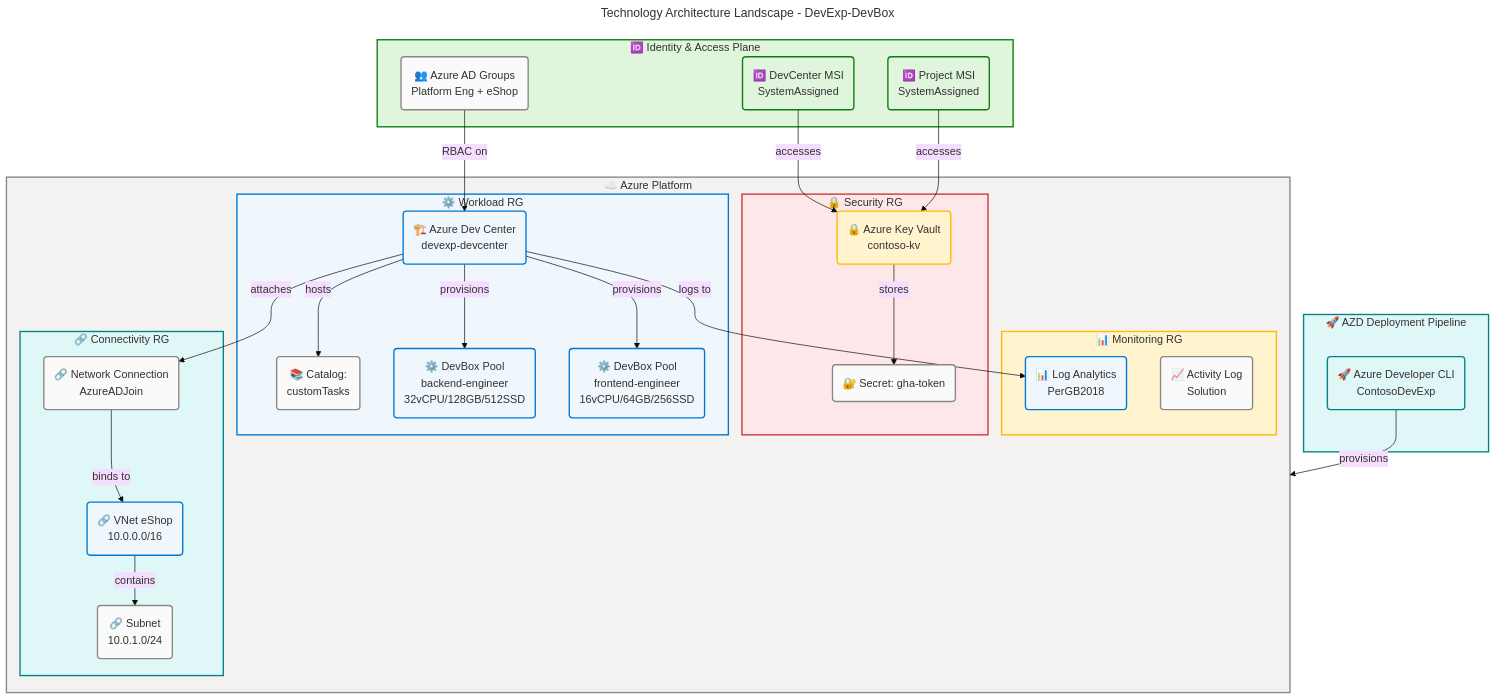
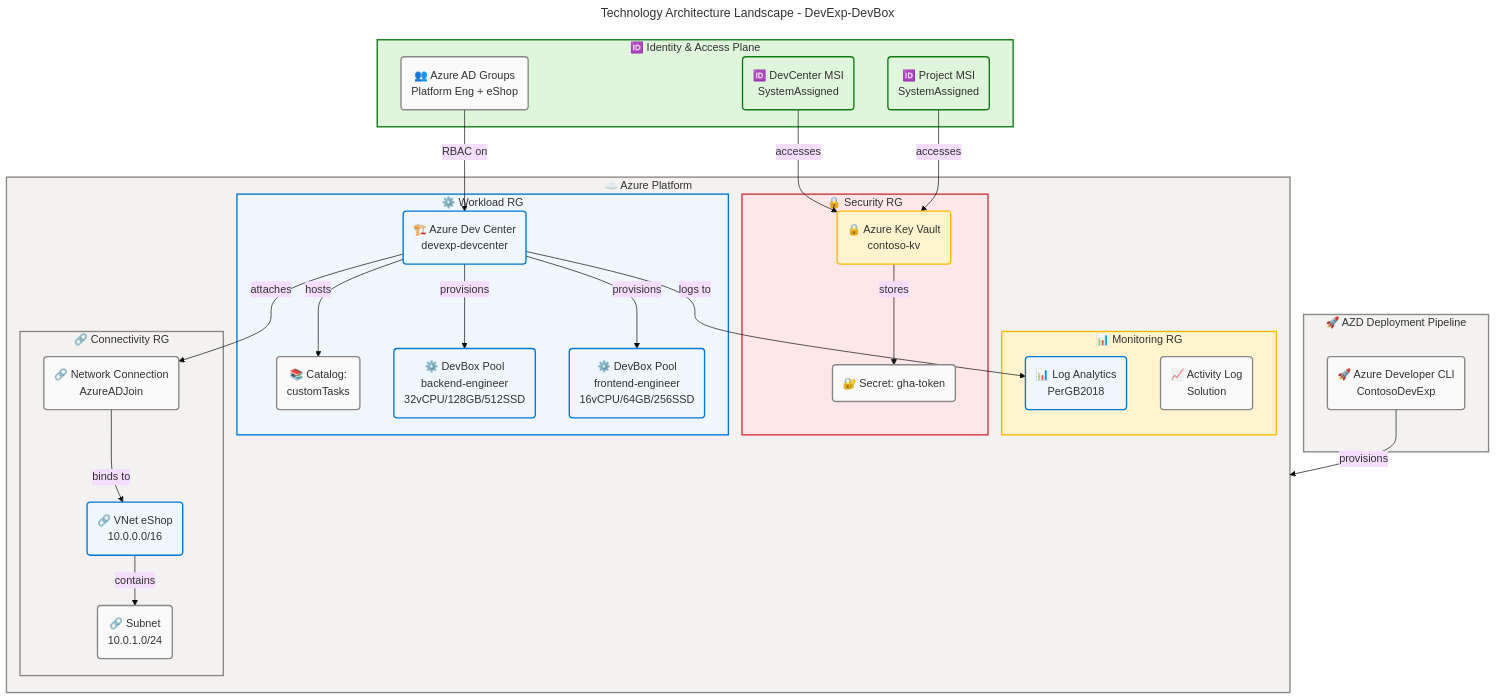
Before and after one commit to Evilazaro/DevExp-DevBox: the first of 6 diagrams in docs/architecture/technology-architecture.md, drawn with Mermaid. The commit also changed other lines of this file and 1 other file, not shown here.

Commit message:
refactor: Update Mermaid diagram styles for improved visual distinction in data architecture and technology architecture documentation

````diff
--- a/docs/architecture/technology-architecture.md
+++ b/docs/architecture/technology-architecture.md
@@ -107,7 +107,7 @@
     %% ═══════════════════════════════════════════════════════════════════════════
 
     subgraph Pipeline["🚀 AZD Deployment Pipeline"]
-        AZD("🚀 Azure Developer CLI<br/>ContosoDevExp"):::external
+        AZD("🚀 Azure Developer CLI<br/>ContosoDevExp"):::neutral
     end
 
     subgraph AzurePlatform["☁️ Azure Platform"]
@@ -161,13 +161,12 @@
     classDef core fill:#EFF6FC,stroke:#0078D4,stroke-width:2px,color:#323130
     classDef success fill:#DFF6DD,stroke:#107C10,stroke-width:2px,color:#323130
     classDef warning fill:#FFF4CE,stroke:#FFB900,stroke-width:2px,color:#323130
-    classDef external fill:#E0F7F7,stroke:#038387,stroke-width:2px,color:#323130
 
-    style Pipeline fill:#E0F7F7,stroke:#038387,stroke-width:2px,color:#323130
+    style Pipeline fill:#F3F2F1,stroke:#8A8886,stroke-width:2px,color:#323130
     style AzurePlatform fill:#F3F2F1,stroke:#8A8886,stroke-width:2px,color:#323130
     style MonitorRG fill:#FFF4CE,stroke:#FFB900,stroke-width:2px,color:#323130
     style SecurityRG fill:#FDE7E9,stroke:#D13438,stroke-width:2px,color:#323130
     style WorkloadRG fill:#EFF6FC,stroke:#0078D4,stroke-width:2px,color:#323130
-    style ConnRG fill:#E0F7F7,stroke:#038387,stroke-width:2px,color:#323130
+    style ConnRG fill:#F3F2F1,stroke:#8A8886,stroke-width:2px,color:#323130
     style IdentityPlane fill:#DFF6DD,stroke:#107C10,stroke-width:2px,color:#323130
 ```
````
